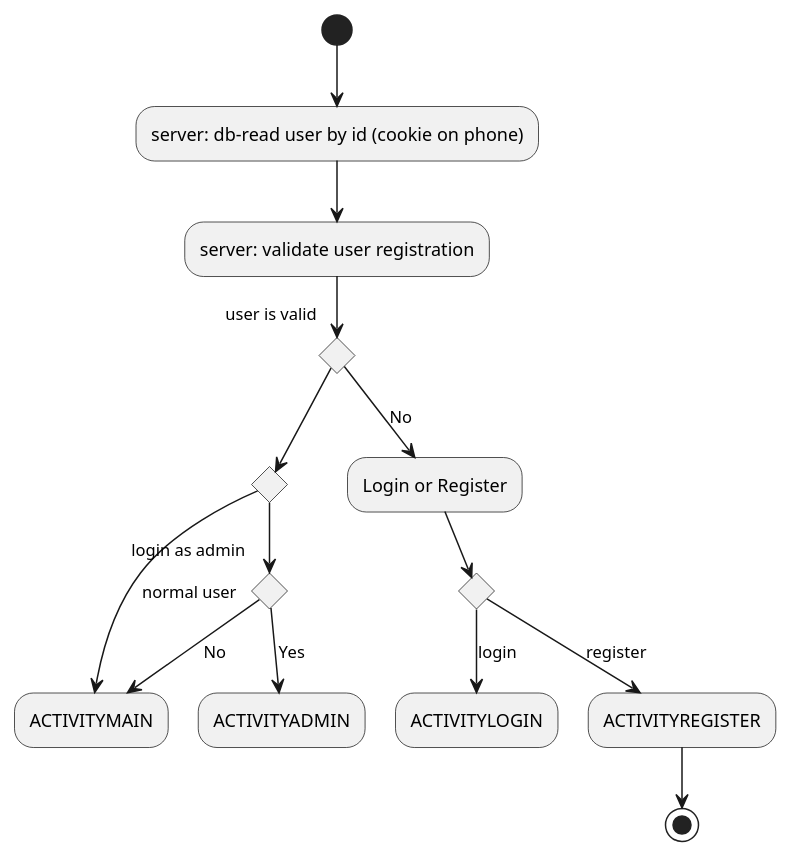
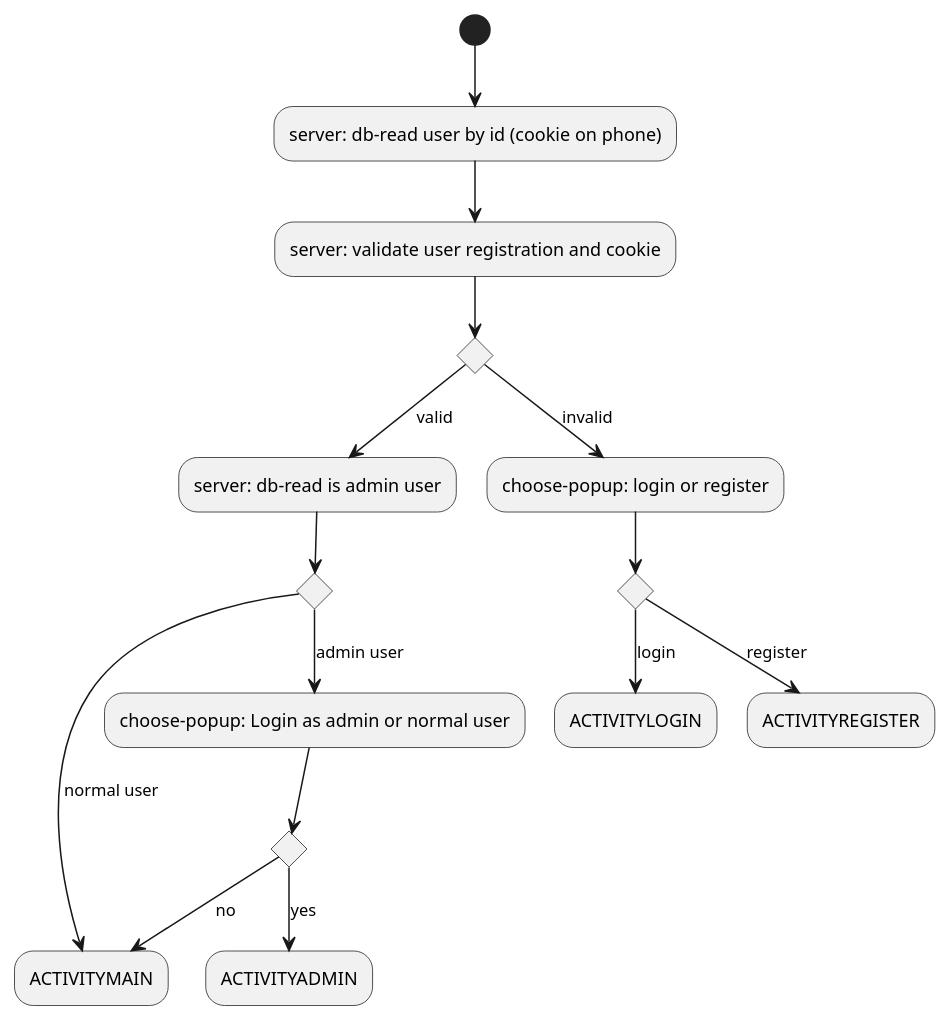
Before and after one commit to 0K5/campusfinder: the diagram in docs/architecture/ACTIVITYSTARTUP.puml, drawn with PlantUML. The commit also changed 15 other files, not shown here.

Commit message:
Added some activity diagrams about registration, login and settings.

```diff
--- a/docs/architecture/ACTIVITYSTARTUP.puml
+++ b/docs/architecture/ACTIVITYSTARTUP.puml
@@ -1,23 +1,24 @@
 @startuml
 (*) --> "server: db-read user by id (cookie on phone)"
---> "server: validate user registration"
-If "user is valid" then
-    If "" then
-    --> [normal user] "ACTIVITYMAIN"
+--> "server: validate user registration and cookie"
+if "" then
+    --> [valid] "server: db-read is admin user"
+    if "" then
+        --> [normal user] "ACTIVITYMAIN"
     else
-        If "login as admin" then
-            --> [Yes] "ACTIVITYADMIN"
+        --> [admin user] "choose-popup: Login as admin or normal user"
+        if "" then
+            --> [yes] "ACTIVITYADMIN"
         else
-            --> [No] "ACTIVITYMAIN"
+            --> [no] "ACTIVITYMAIN"
         Endif
     Endif
 else
-    --> [No] "Login or Register"
+    --> [invalid] "choose-popup: login or register"
     If "" then
         --> [login] "ACTIVITYLOGIN"
     else
         --> [register] "ACTIVITYREGISTER"
     Endif
 Endif
---> (*)
 @enduml
```
